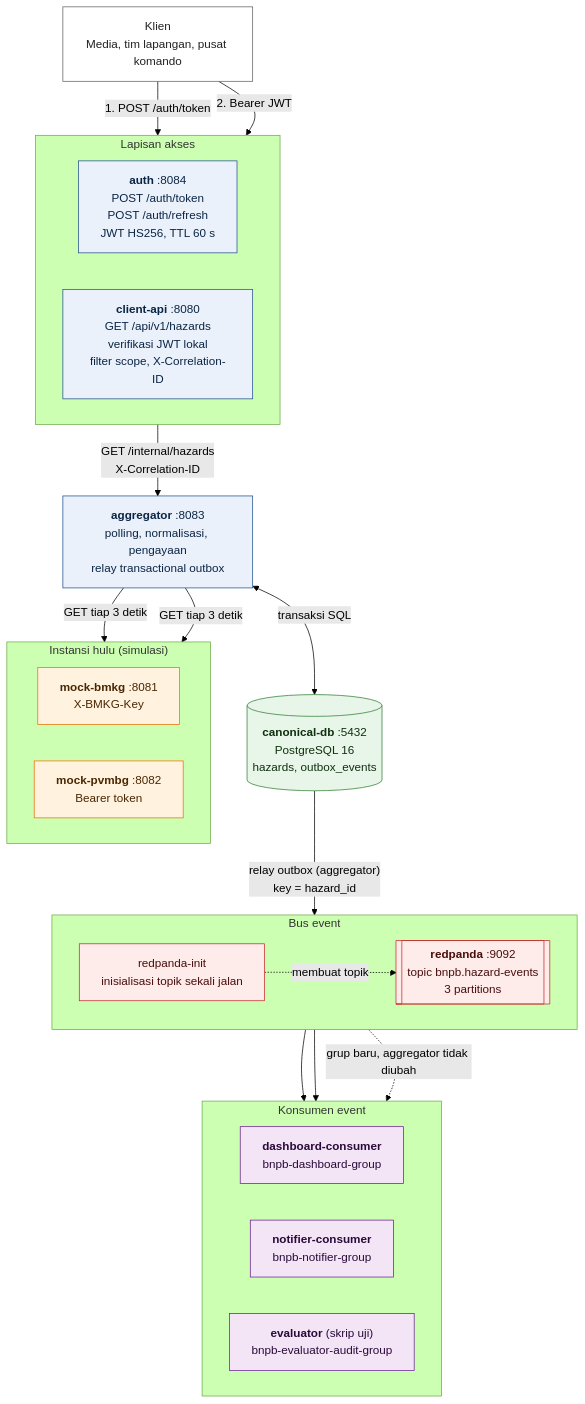
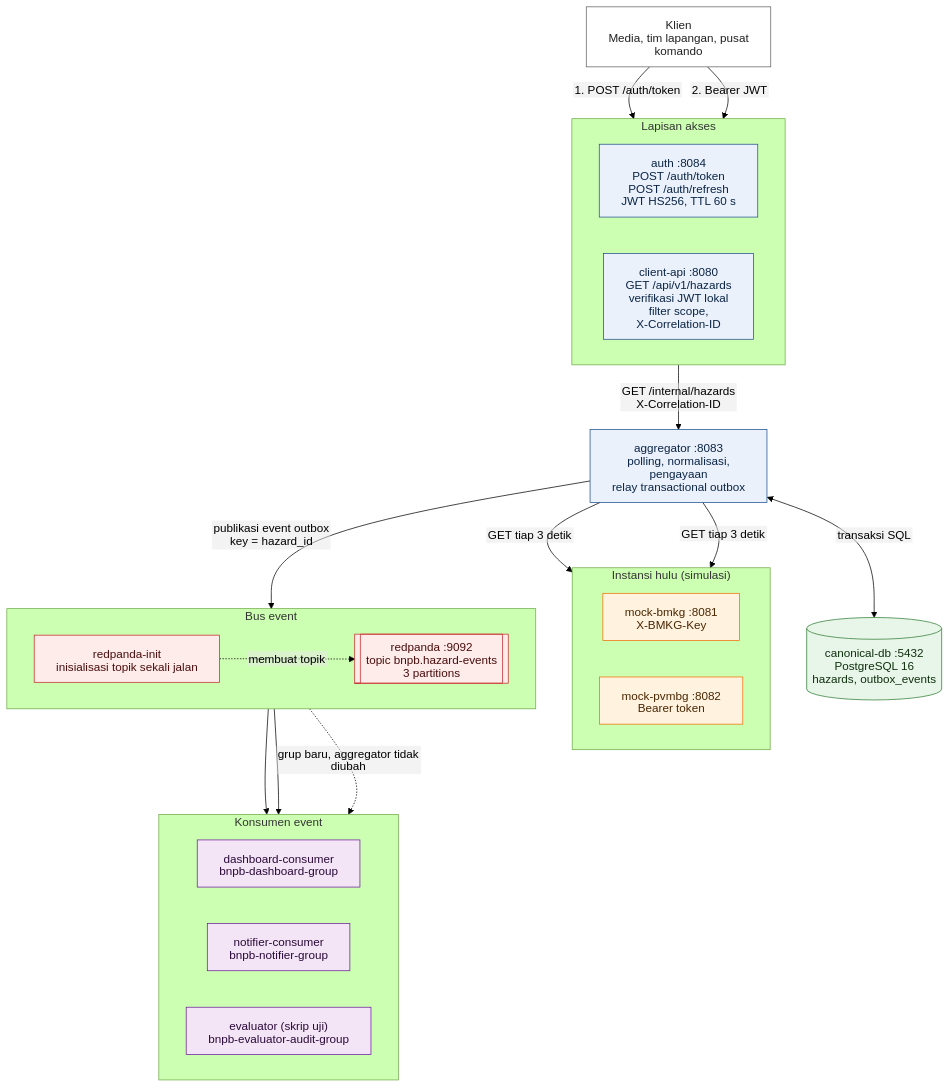
One commit to Darsua/AAT changed the diagram in docs/diagrams/architecture.id.mmd. Above: the diagram before and after it, drawn with Mermaid (forest theme). The commit also changed 15 other files, not shown here.

```diff
--- a/docs/diagrams/architecture.id.mmd
+++ b/docs/diagrams/architecture.id.mmd
@@ -1,51 +1,52 @@
+%%{init: {"htmlLabels": false, "flowchart": {"htmlLabels": false}}}%%
 flowchart TB
     CLI["Klien<br/>Media, tim lapangan, pusat komando"]:::actor
 
     subgraph GW["Lapisan akses"]
         direction LR
-        AUTH["<b>auth</b> :8084<br/>POST /auth/token<br/>POST /auth/refresh<br/>JWT HS256, TTL 60 s"]:::svc
-        CAPI["<b>client-api</b> :8080<br/>GET /api/v1/hazards<br/>verifikasi JWT lokal<br/>filter scope, X-Correlation-ID"]:::svc
+        AUTH["auth :8084<br/>POST /auth/token<br/>POST /auth/refresh<br/>JWT HS256, TTL 60 s"]:::svc
+        CAPI["client-api :8080<br/>GET /api/v1/hazards<br/>verifikasi JWT lokal<br/>filter scope, X-Correlation-ID"]:::svc
     end
 
-    AGG["<b>aggregator</b> :8083<br/>polling, normalisasi, pengayaan<br/>relay transactional outbox"]:::svc
+    AGG["aggregator :8083<br/>polling, normalisasi, pengayaan<br/>relay transactional outbox"]:::svc
 
     subgraph UP["Instansi hulu (simulasi)"]
         direction LR
-        BMKG["<b>mock-bmkg</b> :8081<br/>X-BMKG-Key"]:::ext
-        PVMBG["<b>mock-pvmbg</b> :8082<br/>Bearer token"]:::ext
+        BMKG["mock-bmkg :8081<br/>X-BMKG-Key"]:::ext
+        PVMBG["mock-pvmbg :8082<br/>Bearer token"]:::ext
     end
 
-    DB[("<b>canonical-db</b> :5432<br/>PostgreSQL 16<br/>hazards, outbox_events")]:::store
+    DB[("canonical-db :5432<br/>PostgreSQL 16<br/>hazards, outbox_events")]:::store
 
     subgraph BUS["Bus event"]
         direction LR
         INIT["redpanda-init<br/>inisialisasi topik sekali jalan"]:::broker
-        RP[["<b>redpanda</b> :9092<br/>topic bnpb.hazard-events<br/>3 partitions"]]:::broker
+        RP[["redpanda :9092<br/>topic bnpb.hazard-events<br/>3 partitions"]]:::broker
     end
 
     subgraph CON["Konsumen event"]
         direction LR
-        DASH["<b>dashboard-consumer</b><br/>bnpb-dashboard-group"]:::cons
-        NOTI["<b>notifier-consumer</b><br/>bnpb-notifier-group"]:::cons
-        AUDIT["<b>evaluator</b> (skrip uji)<br/>bnpb-evaluator-audit-group"]:::cons
+        DASH["dashboard-consumer<br/>bnpb-dashboard-group"]:::cons
+        NOTI["notifier-consumer<br/>bnpb-notifier-group"]:::cons
+        AUDIT["evaluator (skrip uji)<br/>bnpb-evaluator-audit-group"]:::cons
     end
 
     CLI -->|"1. POST /auth/token"| AUTH
     CLI -->|"2. Bearer JWT"| CAPI
     CAPI -->|"GET /internal/hazards<br/>X-Correlation-ID"| AGG
     AGG -->|"GET tiap 3 detik"| BMKG
     AGG -->|"GET tiap 3 detik"| PVMBG
     AGG <-->|"transaksi SQL"| DB
-    DB -->|"relay outbox (aggregator)<br/>key = hazard_id"| RP
+    AGG -->|"publikasi event outbox<br/>key = hazard_id"| RP
     INIT -.->|"membuat topik"| RP
     RP --> DASH
     RP --> NOTI
     RP -.->|"grup baru, aggregator tidak diubah"| AUDIT
 
     classDef svc fill:#eaf1fb,stroke:#1f4e8c,color:#0b2545
     classDef store fill:#e8f5e9,stroke:#2e7d32,color:#10300f
     classDef broker fill:#fdecea,stroke:#c62828,color:#4a0d0d
     classDef ext fill:#fff3e0,stroke:#ef6c00,color:#4a2600
     classDef cons fill:#f3e5f5,stroke:#6a1b9a,color:#2a0a3a
     classDef actor fill:#ffffff,stroke:#616161,color:#212121
     classDef plan fill:#f5f5f5,stroke:#9e9e9e,stroke-dasharray:4 3,color:#424242
```
